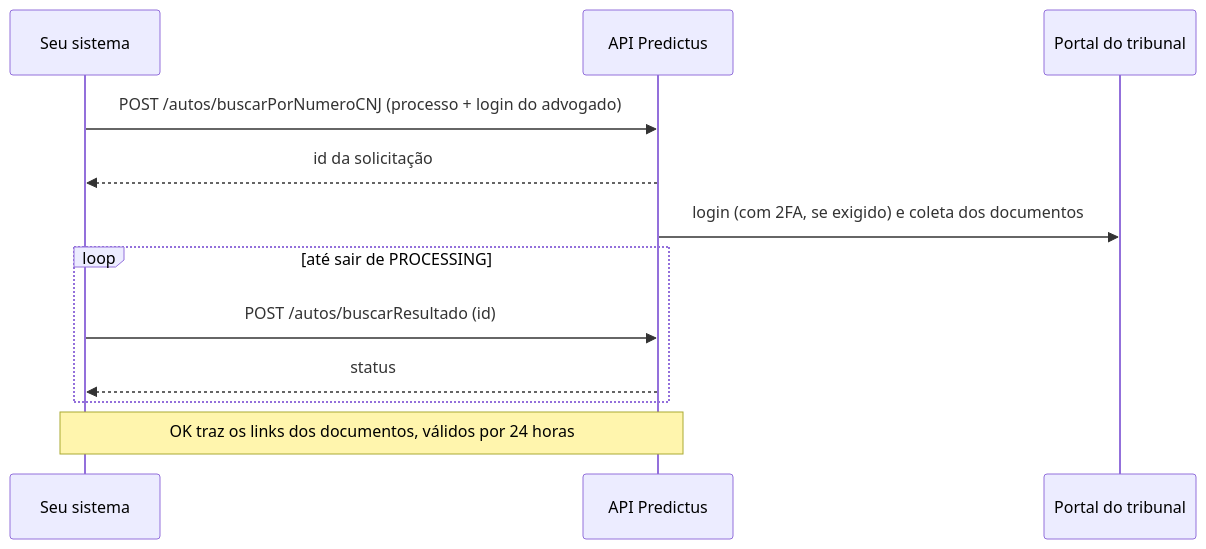
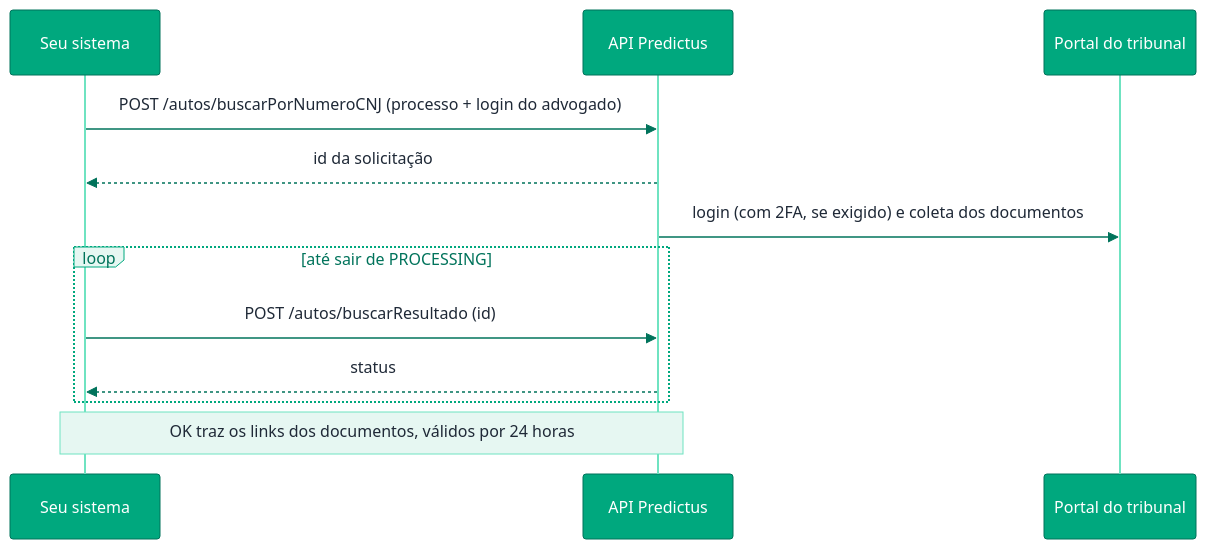
Before and after one commit to hmeichler/docs: the diagram in docket/overview.mdx, drawn with Mermaid. The commit also changed 2 other files, not shown here.

Commit message:
[docs/DOT-3087]: Use the brand palette in the flow diagrams

````diff
--- a/docket/overview.mdx
+++ b/docket/overview.mdx
@@ -38,14 +38,15 @@
 ```mermaid
+%%{init: {'theme': 'base', 'themeVariables': {'fontFamily': 'Inter, sans-serif', 'primaryColor': '#00A87E', 'primaryTextColor': '#FFFFFF', 'primaryBorderColor': '#00735B', 'lineColor': '#00735B', 'textColor': '#1F2937', 'actorBkg': '#00A87E', 'actorBorder': '#00735B', 'actorTextColor': '#FFFFFF', 'actorLineColor': '#6FE3C1', 'signalColor': '#00735B', 'signalTextColor': '#1F2937', 'labelBoxBkgColor': '#E6F7F2', 'labelBoxBorderColor': '#00A87E', 'labelTextColor': '#00735B', 'loopTextColor': '#00735B', 'noteBkgColor': '#E6F7F2', 'noteBorderColor': '#6FE3C1', 'noteTextColor': '#1F2937', 'transitionColor': '#00735B', 'transitionLabelColor': '#1F2937'}}}%%
 sequenceDiagram
     participant S as Seu sistema
     participant P as API Predictus
     participant T as Portal do tribunal
     S->>P: POST /autos/buscarPorNumeroCNJ (processo + login do advogado)
     P-->>S: id da solicitação
     P->>T: login (com 2FA, se exigido) e coleta dos documentos
     loop até sair de PROCESSING
         S->>P: POST /autos/buscarResultado (id)
         P-->>S: status
     end
     Note over S,P: OK traz os links dos documentos, válidos por 24 horas
 ```
````
